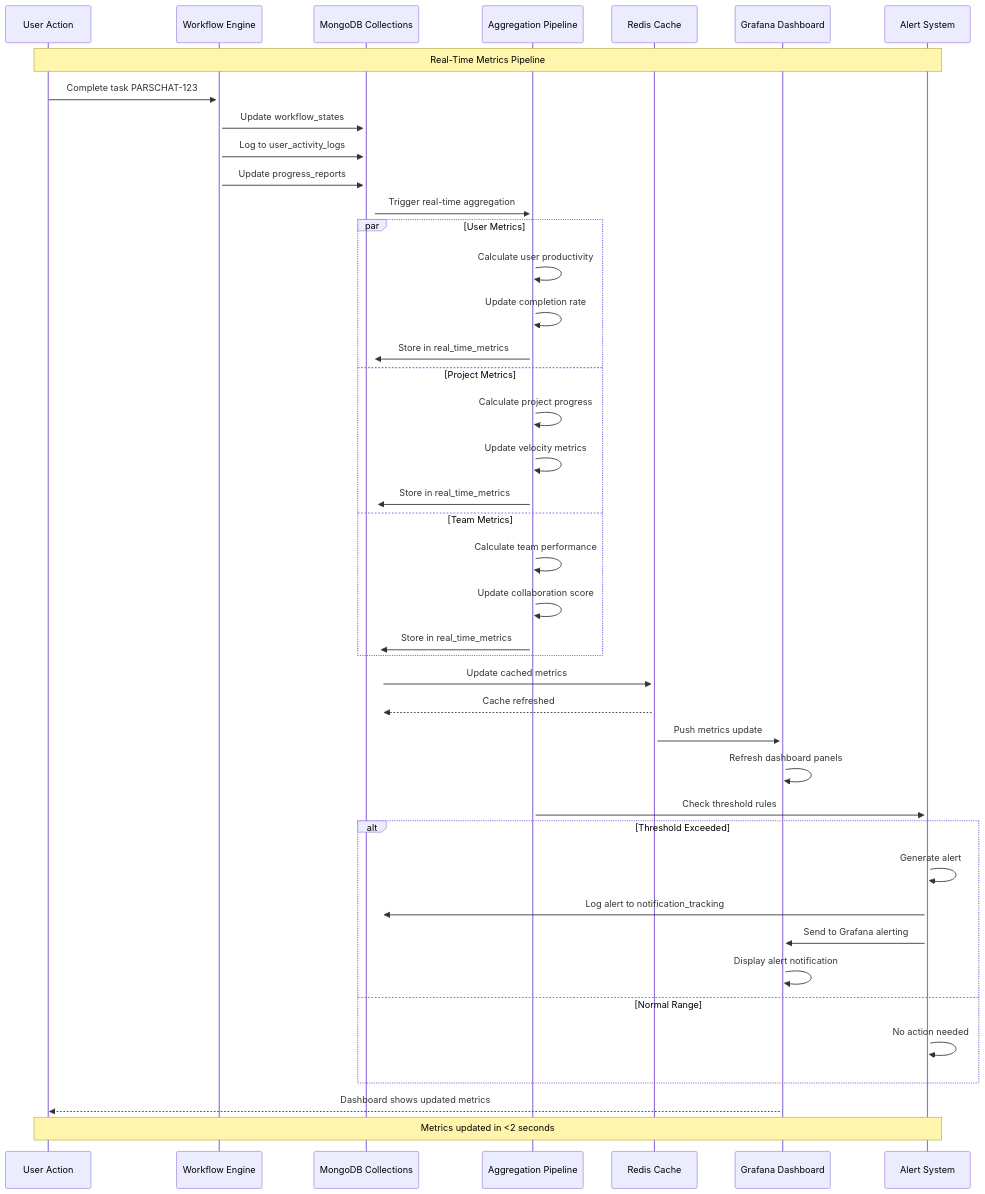
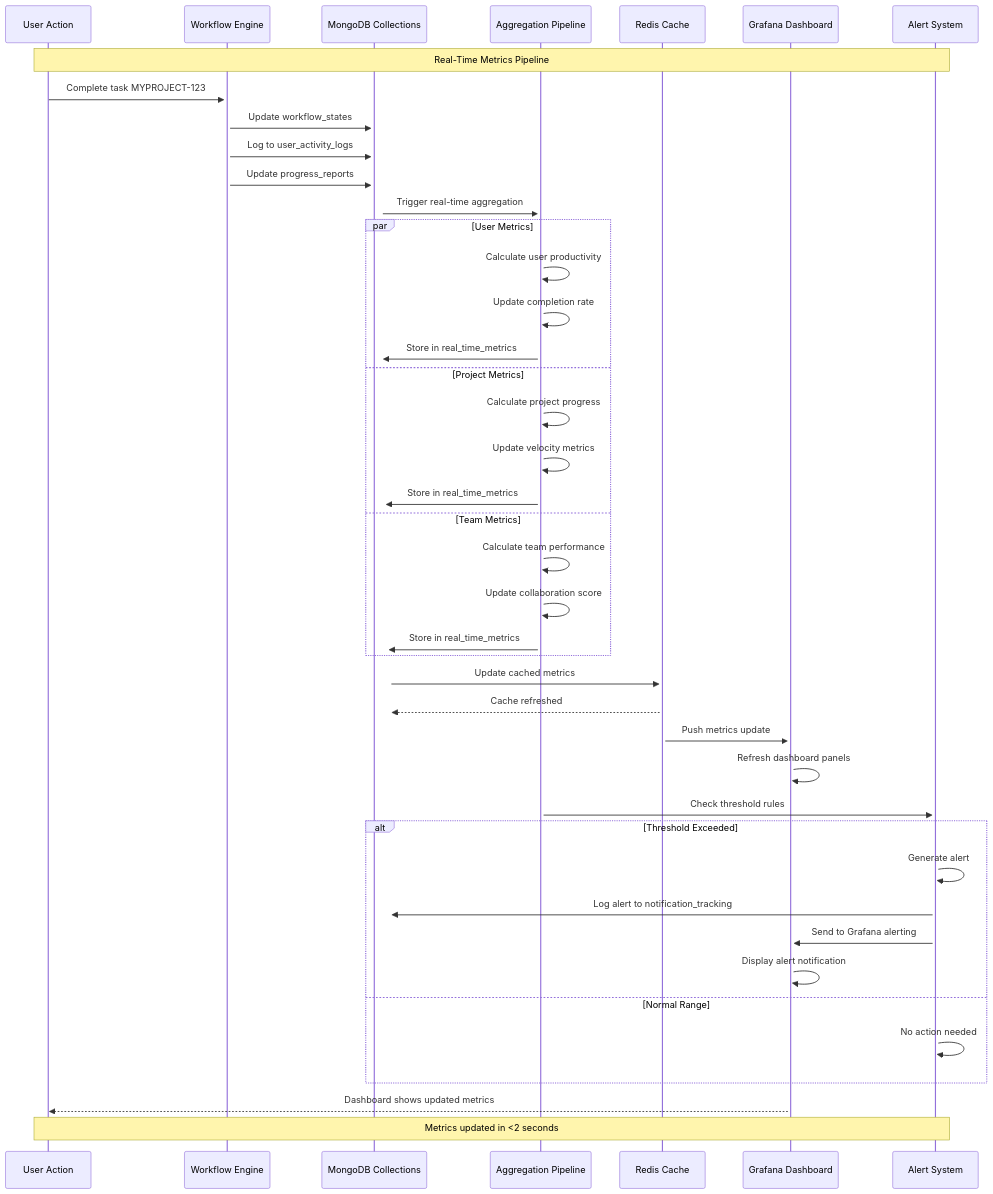
The eighth of 8 diagrams in docs/infrastructure/mongodb/mongodb-architecture-diagrams.md (alikaz3mi/jira-telegram-bot), drawn with Mermaid before and after one commit. The commit also changed other lines of this file and 80 other files, not shown here.

````diff
--- a/docs/infrastructure/mongodb/mongodb-architecture-diagrams.md
+++ b/docs/infrastructure/mongodb/mongodb-architecture-diagrams.md
@@ -700,59 +700,59 @@
 ```mermaid
 sequenceDiagram
     participant US as User Action
     participant WF as Workflow Engine
     participant DB as MongoDB Collections
     participant AGG as Aggregation Pipeline
     participant CACHE as Redis Cache
     participant GRAF as Grafana Dashboard
     participant ALERT as Alert System
 
     Note over US,ALERT: Real-Time Metrics Pipeline
 
     %% User action triggers
-    US->>+WF: Complete task PARSCHAT-123
+    US->>+WF: Complete task MYPROJECT-123
     WF->>+DB: Update workflow_states
     WF->>+DB: Log to user_activity_logs
     WF->>+DB: Update progress_reports
 
     %% Immediate aggregation trigger
     DB->>+AGG: Trigger real-time aggregation
 
     par User Metrics
         AGG->>AGG: Calculate user productivity
         AGG->>AGG: Update completion rate
         AGG->>+DB: Store in real_time_metrics
     and Project Metrics
         AGG->>AGG: Calculate project progress
         AGG->>AGG: Update velocity metrics
         AGG->>+DB: Store in real_time_metrics
     and Team Metrics
         AGG->>AGG: Calculate team performance
         AGG->>AGG: Update collaboration score
         AGG->>+DB: Store in real_time_metrics
     end
 
     %% Cache update
     DB->>+CACHE: Update cached metrics
     CACHE-->>DB: Cache refreshed
 
     %% Dashboard update
     CACHE->>+GRAF: Push metrics update
     GRAF->>GRAF: Refresh dashboard panels
 
     %% Alert checking
     AGG->>+ALERT: Check threshold rules
 
     alt Threshold Exceeded
         ALERT->>ALERT: Generate alert
         ALERT->>+DB: Log alert to notification_tracking
         ALERT->>GRAF: Send to Grafana alerting
         GRAF->>GRAF: Display alert notification
     else Normal Range
         ALERT->>ALERT: No action needed
     end
 
     GRAF-->>US: Dashboard shows updated metrics
 
     Note over US,ALERT: Metrics updated in <2 seconds
 ```
````
